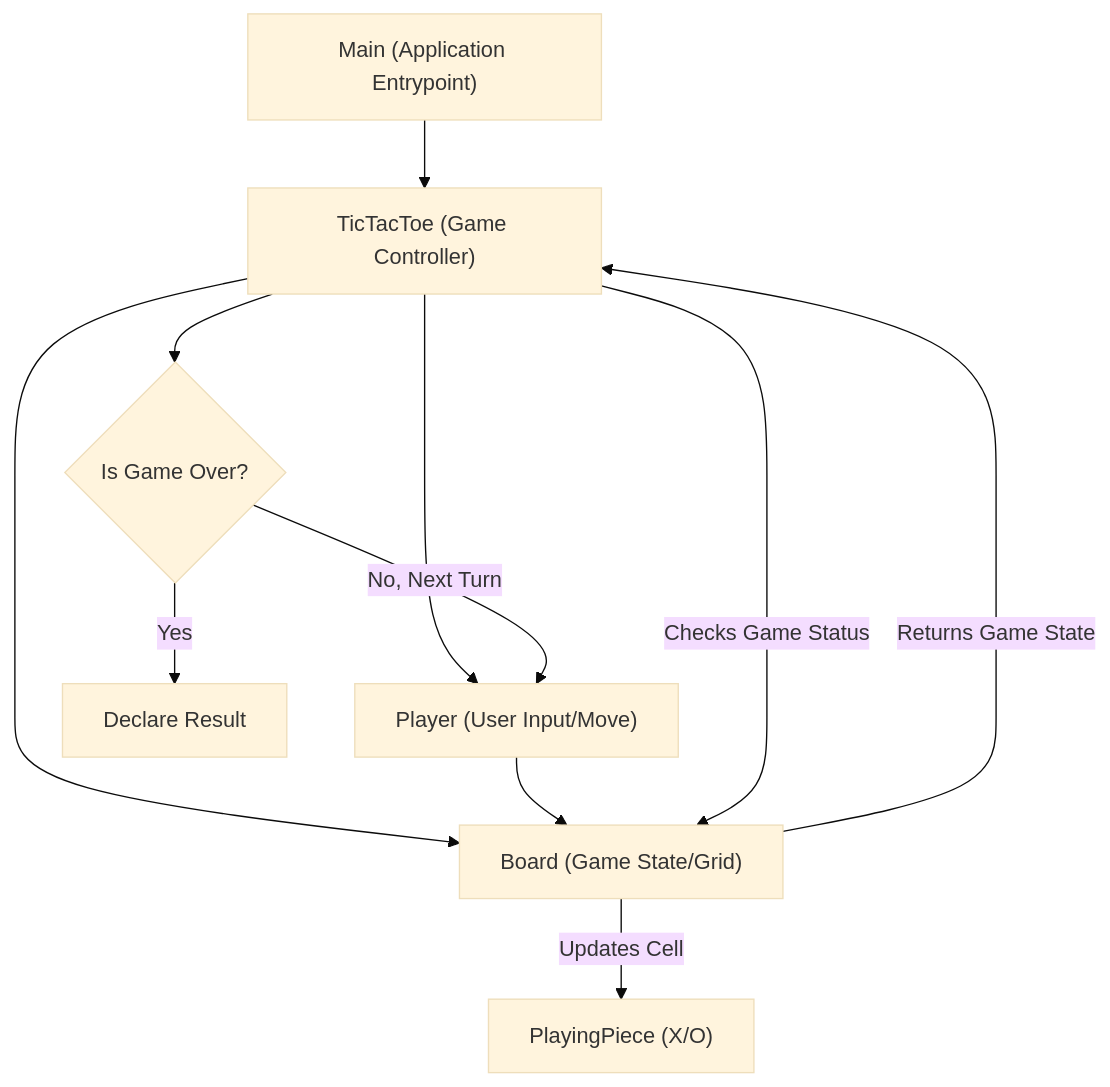
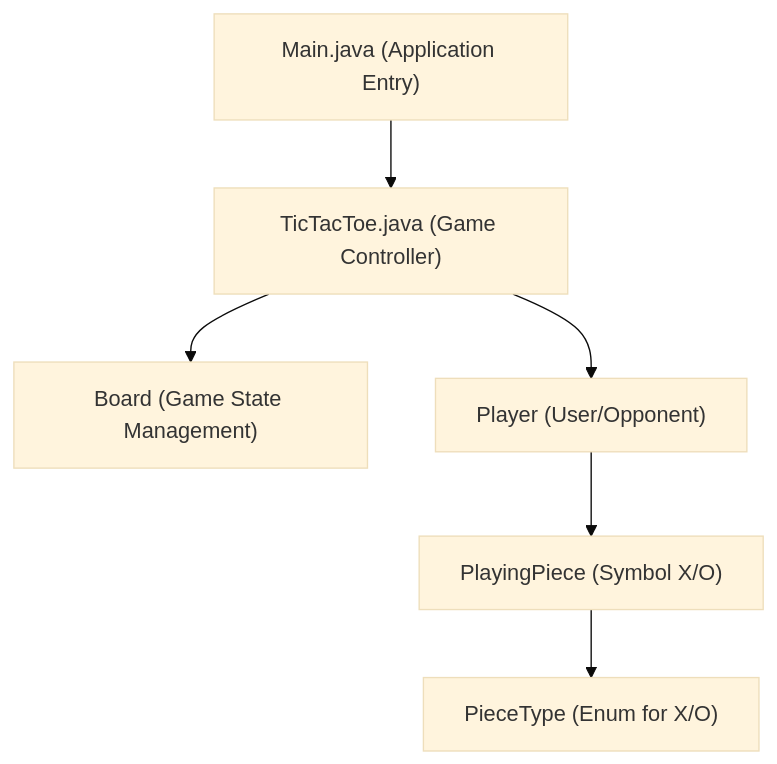
The diagram in README.md (grewal16/low_level_design), drawn with Mermaid (base theme) before and after one commit. The commit also changed other lines of this file, not shown here.

````diff
--- a/README.md
+++ b/README.md
@@ -40,13 +46,8 @@
 ```mermaid
 graph TD
-    A["Main (Application Entrypoint)"] --> B["TicTacToe (Game Controller)"];
-    B --> C["Player (User Input/Move)"];
-    B --> D["Board (Game State/Grid)"];
-    C --> D;
-    D -- "Updates Cell" --> E["PlayingPiece (X/O)"];
-    B -- "Checks Game Status" --> D;
-    D -- "Returns Game State" --> B;
-    B --> F{"Is Game Over?"};
-    F -- "No, Next Turn" --> C;
-    F -- "Yes" --> G["Declare Result"];
+    A["Main.java (Application Entry)"] --> B["TicTacToe.java (Game Controller)"];
+    B --> C["Board (Game State Management)"];
+    B --> D["Player (User/Opponent)"];
+    D --> E["PlayingPiece (Symbol X/O)"];
+    E --> F["PieceType (Enum for X/O)"];
 ```
````
